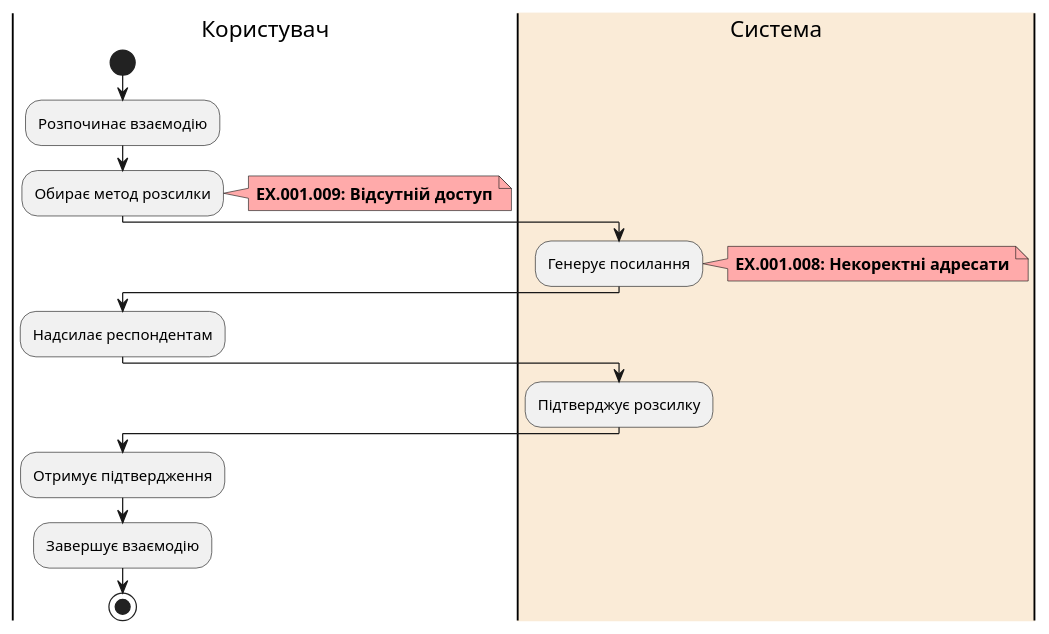
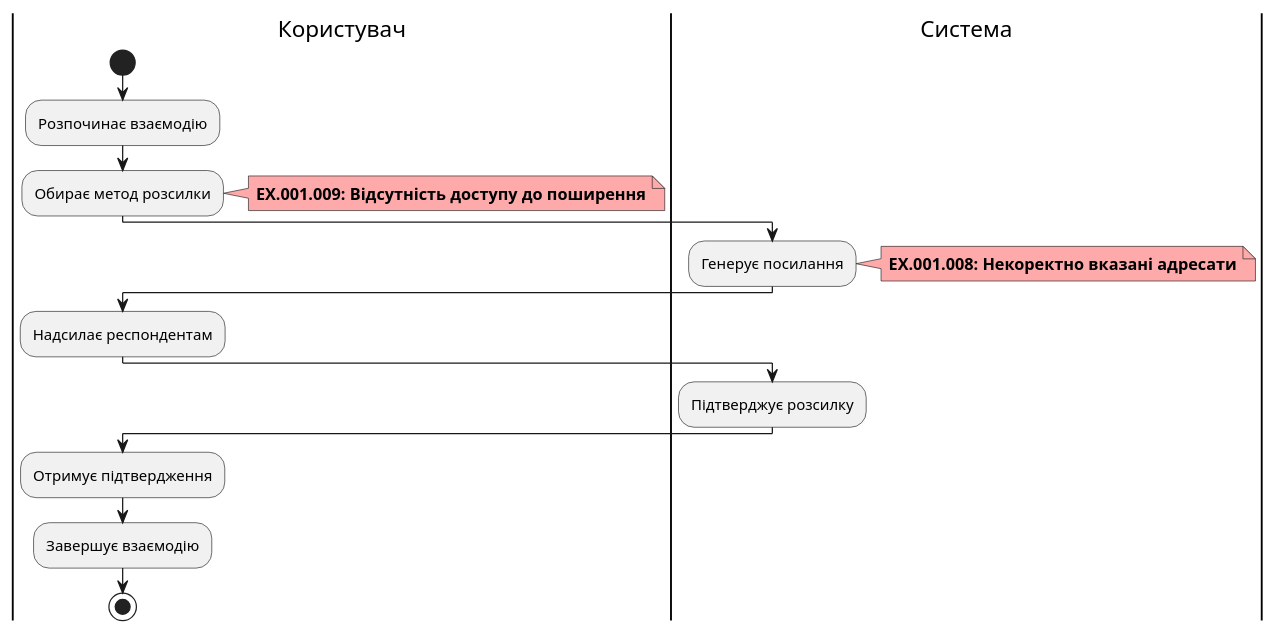
One commit to elidorbeth/edu_db_labs changed the ninth of 11 diagrams in docs/use cases/README.md. Above: the diagram before and after it, drawn with PlantUML. The commit also changed other lines of this file, not shown here.

```diff
--- a/docs/use cases/README.md
+++ b/docs/use cases/README.md
@@ -374,28 +370,28 @@
 @startuml
 
 |Користувач|
 start
 :Розпочинає взаємодію;
 :Обирає метод розсилки;
 note right #ffaaaa
-   <b>EX.001.009: Відсутній доступ
+   <b>EX.001.009: Відсутність доступу до поширення
 end note
 
-|#AntiqueWhite|Система|
+|Система|
 :Генерує посилання;
 note right #ffaaaa
-   <b>EX.001.008: Некоректні адресати
+   <b>EX.001.008: Некоректно вказані адресати
 end note
 
 |Користувач|
 :Надсилає респондентам;
 
 |Система|
 :Підтверджує розсилку;
 
 |Користувач|
 :Отримує підтвердження;
 :Завершує взаємодію;
 
 stop
 @enduml
```
